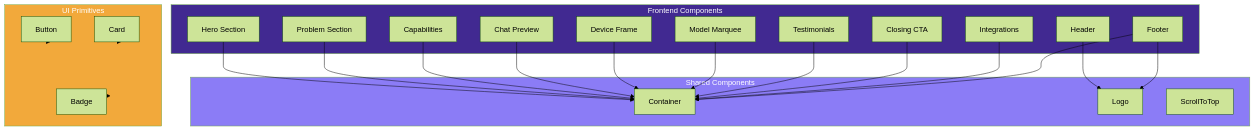
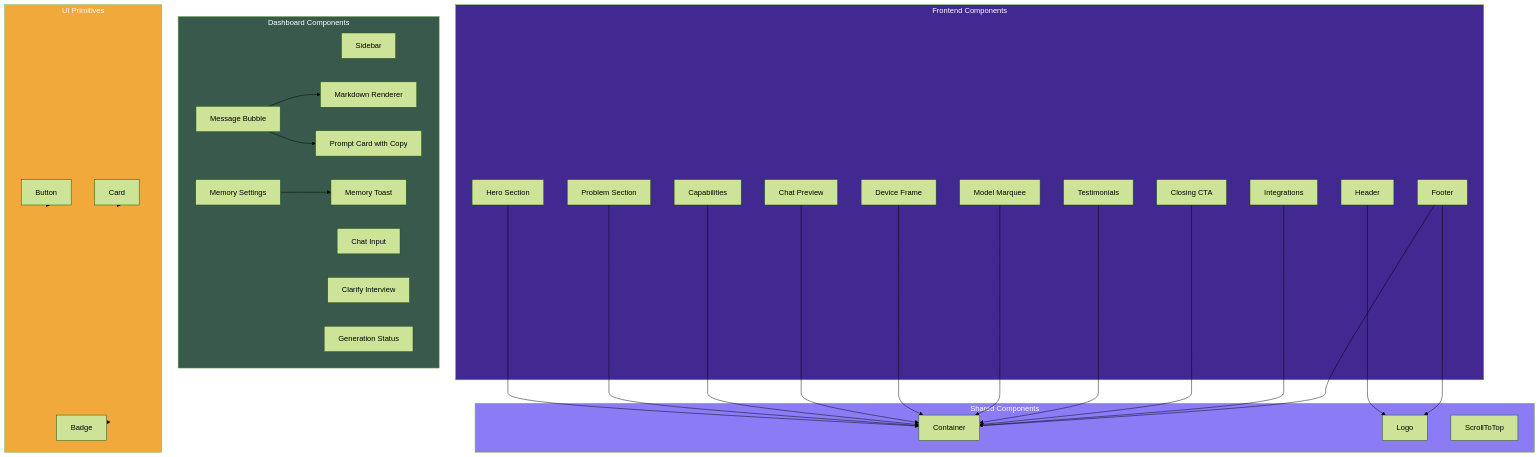
Before and after one commit to oyedokunken/Prompt-AI: the fifth of 5 diagrams in README.md, drawn with Mermaid (forest theme). The commit also changed other lines of this file and 39 other files, not shown here.

````diff
--- a/README.md
+++ b/README.md
@@ -199,50 +230,67 @@
 ```mermaid
 graph TB
     subgraph Frontend["Frontend Components"]
         Hero[Hero Section]
         Problem[Problem Section]
         Capabilities[Capabilities]
         ChatPreview[Chat Preview]
         DeviceFrame[Device Frame]
         ModelMarquee[Model Marquee]
         Testimonials[Testimonials]
         ClosingCTA[Closing CTA]
         Integrations[Integrations]
         Header[Header]
         Footer[Footer]
+    end
+
+    subgraph Dashboard["Dashboard Components"]
+        Sidebar[Sidebar]
+        ChatInput[Chat Input]
+        MessageBubble[Message Bubble]
+        PromptCard[Prompt Card with Copy]
+        ClarifyInterview[Clarify Interview]
+        GenerationStatus[Generation Status]
+        MemoryToast[Memory Toast]
+        MemoryTab[Memory Settings]
+        Markdown[Markdown Renderer]
     end
 
     subgraph Shared["Shared Components"]
         Container[Container]
         Logo[Logo]
         ScrollToTop[ScrollToTop]
     end
 
     subgraph UI_Primitives["UI Primitives"]
         Button[Button]
         Card[Card]
         Badge[Badge]
     end
 
     Hero --> Container
     Problem --> Container
     Capabilities --> Container
     ChatPreview --> Container
     DeviceFrame --> Container
     ModelMarquee --> Container
     Testimonials --> Container
     ClosingCTA --> Container
     Integrations --> Container
     Footer --> Container
 
     Header --> Logo
     Footer --> Logo
 
+    MessageBubble --> Markdown
+    MessageBubble --> PromptCard
+    MemoryTab --> MemoryToast
+
     Button --> UI_Primitives
     Card --> UI_Primitives
     Badge --> UI_Primitives
 
     style Frontend fill:#412991,color:#fff
+    style Dashboard fill:#39594D,color:#fff
     style Shared fill:#8B7CF6,color:#fff
     style UI_Primitives fill:#F2A93B,color:#fff
 ```
````
